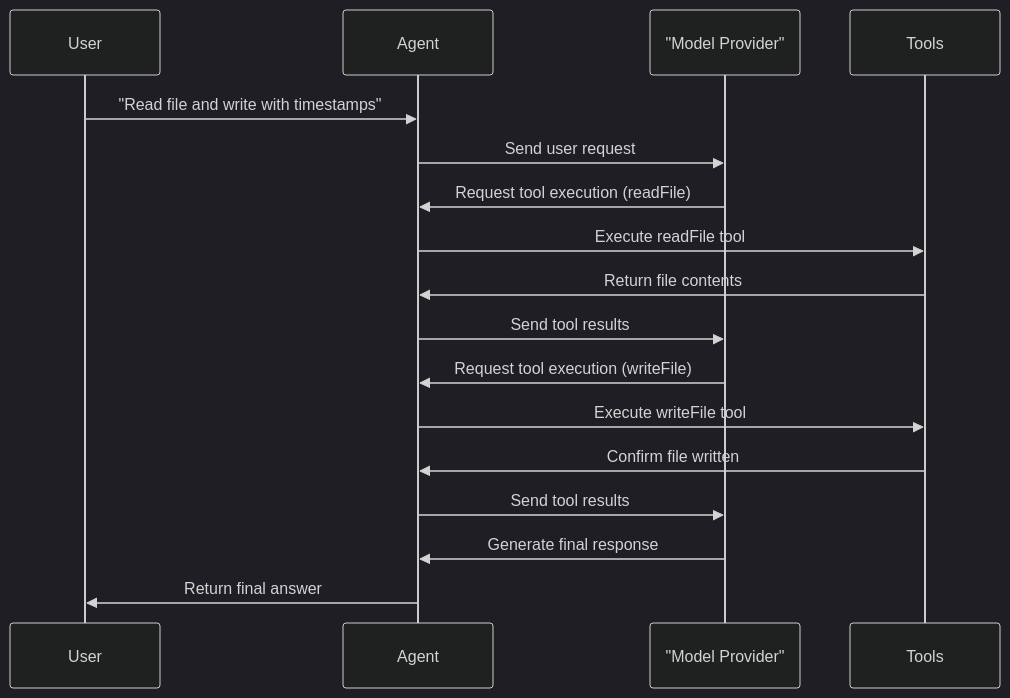
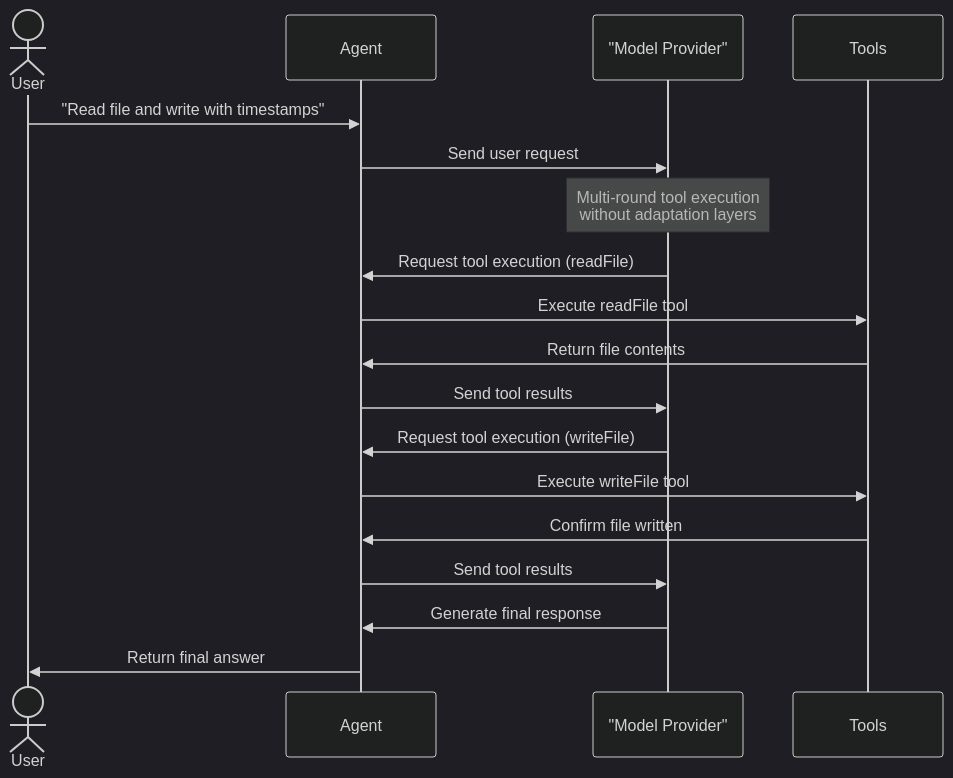
One commit to astack-tech/astack changed the second of 3 diagrams in README.md. Above: the diagram before and after it, drawn with Mermaid (dark theme). The commit also changed other lines of this file, not shown here.

````diff
--- a/README.md
+++ b/README.md
@@ -143,20 +147,21 @@
 ```mermaid
 sequenceDiagram
-    participant User
+    actor User as User
     participant Agent
     participant ModelProvider as "Model Provider"
     participant Tools
     
     User->>Agent: "Read file and write with timestamps"
     Agent->>ModelProvider: Send user request
+    Note over ModelProvider: Multi-round tool execution<br/>without adaptation layers
     ModelProvider->>Agent: Request tool execution (readFile)
     Agent->>Tools: Execute readFile tool
     Tools->>Agent: Return file contents
     Agent->>ModelProvider: Send tool results
     ModelProvider->>Agent: Request tool execution (writeFile)
     Agent->>Tools: Execute writeFile tool
     Tools->>Agent: Confirm file written
     Agent->>ModelProvider: Send tool results
     ModelProvider->>Agent: Generate final response
     Agent->>User: Return final answer
 ```
````
